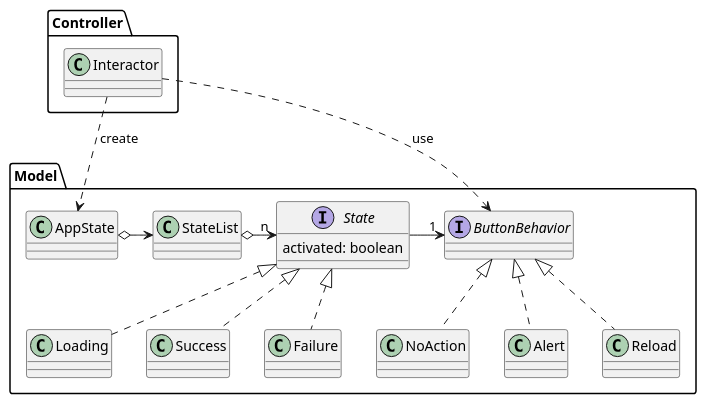
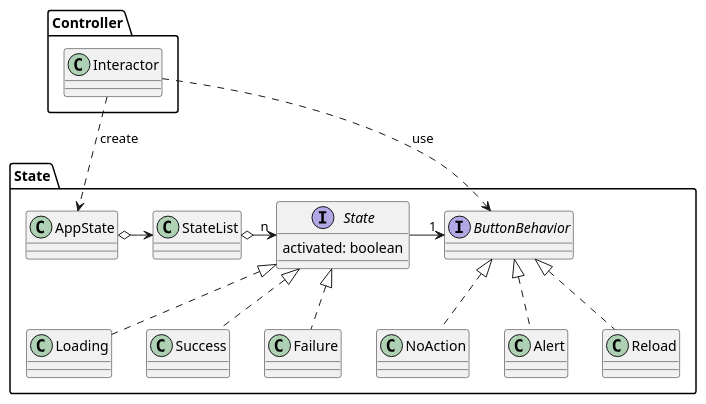
Before and after one commit to tooppoo/sample-for-vue-with-design-patterns: the second of 2 diagrams in docs/strategy.puml, drawn with PlantUML. The commit also changed other lines of this file and 3 other files, not shown here.

```diff
--- a/docs/strategy.puml
+++ b/docs/strategy.puml
@@ -38,27 +38,27 @@
 @startuml Strategy Pattern
-package Model {
+package State {
   interface ButtonBehavior
   class "StateList" as MStateList
   interface "State" as MState {
     activated: boolean
   }
   AppState o-r-> MStateList
   MStateList o-r-> "n" MState
   MState -r-> "1" ButtonBehavior
 
   MState <|.. Loading
   MState <|.. Success
   MState <|.. Failure
 
   ButtonBehavior <|.. NoAction
   ButtonBehavior <|.. Alert
   ButtonBehavior <|.. Reload
 }
 
 package Controller {
   class Interactor
 }
 
 Interactor .r.> AppState : create
 Interactor ..> ButtonBehavior : use
 @enduml
```
